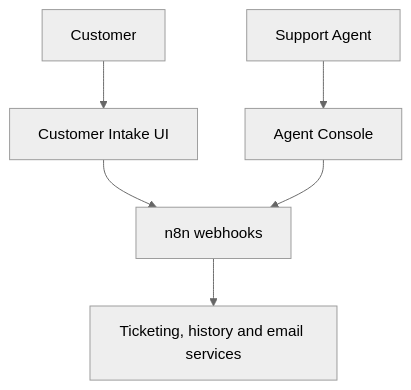
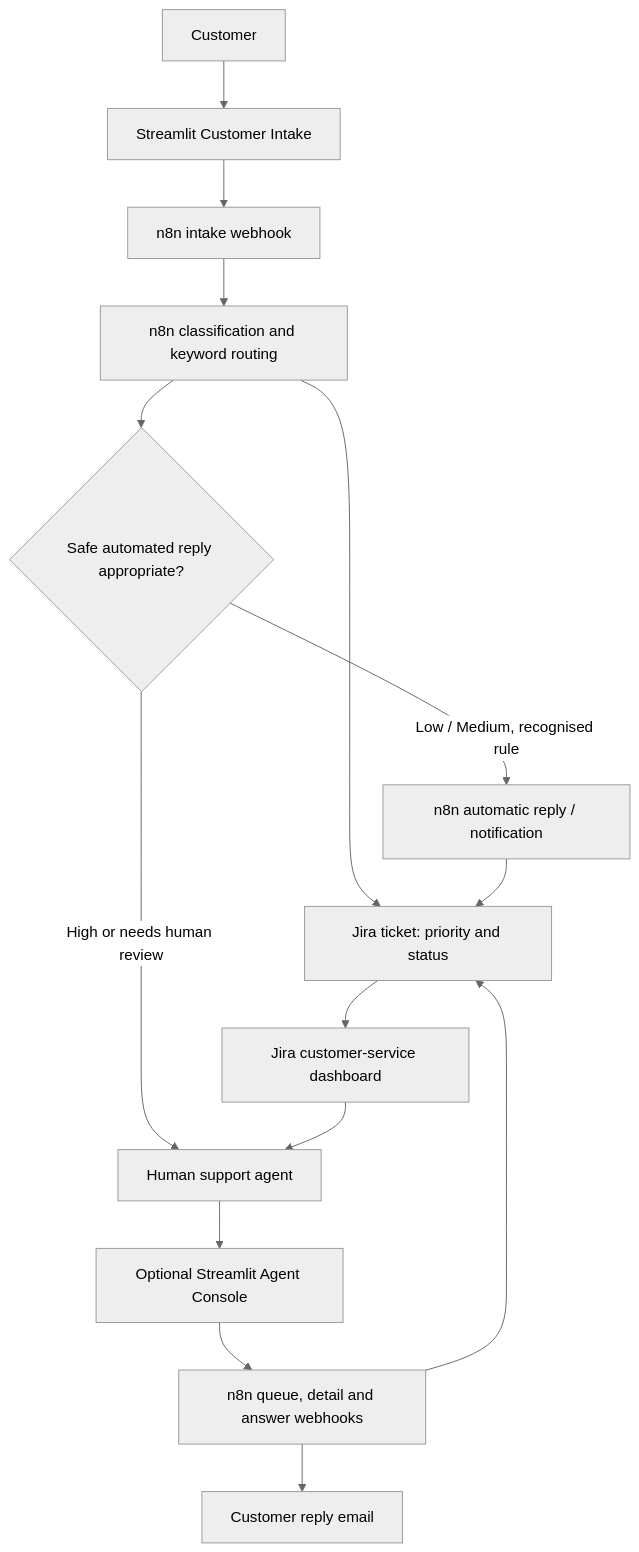
One commit to laszloboruzs26-cmyk/App-Ticketing-UI changed the diagram in README.md. Above: the diagram before and after it, drawn with Mermaid (neutral theme). The commit also changed other lines of this file, not shown here.

Commit message:
docs: document n8n priority routing, keyword auto-replies and Jira support workflow

````diff
--- a/README.md
+++ b/README.md
@@ -36,8 +41,17 @@
 ```mermaid
-flowchart TB
-    C[Customer] --> CU[Customer Intake UI]
-    A[Support Agent] --> AU[Agent Console]
-    CU --> N[n8n webhooks]
-    AU --> N
-    N --> S[Ticketing, history and email services]
+flowchart TD
+    C[Customer] --> CU[Streamlit Customer Intake]
+    CU --> IN[n8n intake webhook]
+    IN --> TRIAGE[n8n classification and keyword routing]
+    TRIAGE --> J[Jira ticket: priority and status]
+    TRIAGE --> DEC{Safe automated reply appropriate?}
+    DEC -->|Low / Medium, recognised rule| AUTO[n8n automatic reply / notification]
+    AUTO --> J
+    DEC -->|High or needs human review| HUMAN[Human support agent]
+    J --> JB[Jira customer-service dashboard]
+    JB --> HUMAN
+    HUMAN --> AG[Optional Streamlit Agent Console]
+    AG --> HOOK[n8n queue, detail and answer webhooks]
+    HOOK --> J
+    HOOK --> EMAIL[Customer reply email]
 ```
````
